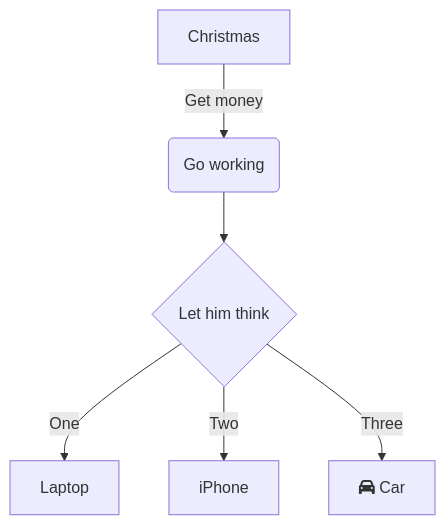
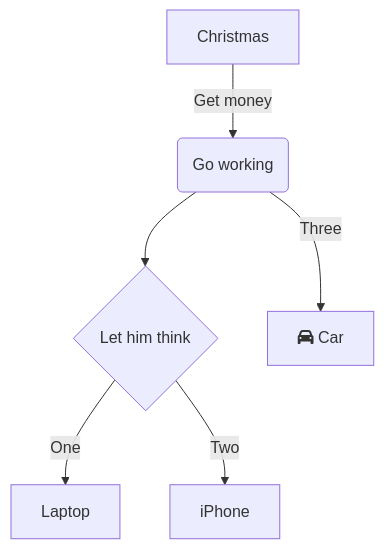
One commit to Noaozer/NoaRepo changed the second of 2 diagrams in .swm/860qfwrre.2b9fg.sw.md. Above: the diagram before and after it, drawn with Mermaid. The commit also changed other lines of this file, not shown here.

Commit message:
docs(swimm): update doc: "#860qfwrre"

````diff
--- a/.swm/860qfwrre.2b9fg.sw.md
+++ b/.swm/860qfwrre.2b9fg.sw.md
@@ -25,9 +25,10 @@
 ```mermaid
 graph TD
 A[Christmas] -->|Get money| B(Go working)
 B --> C{Let him think}
 C -->|One| D[Laptop]
 C -->|Two| E[iPhone]
-C -->|Three| F[fa:fa-car Car]
+B -->|Three| F[fa:fa-car Car]
+
 
 ```
````
